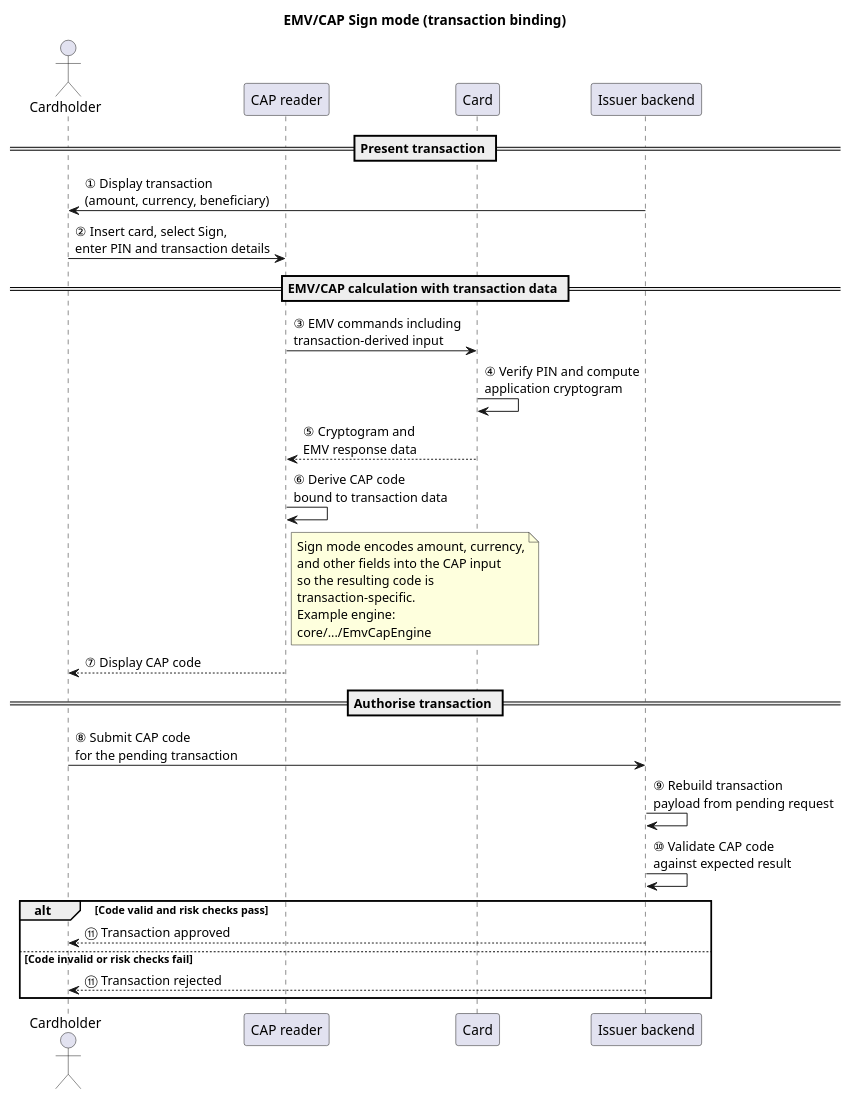
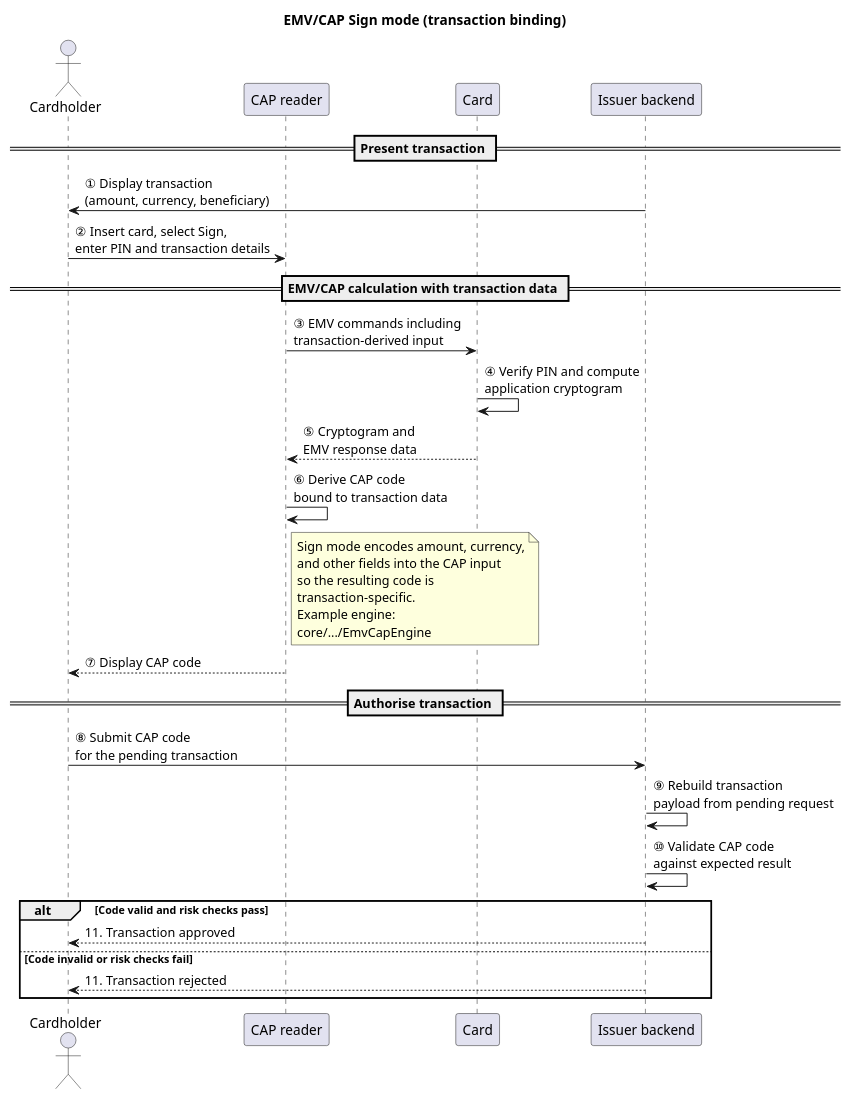
The diagram in docs/3-reference/protocols/diagrams/emv-cap-sign.puml (ivanstambuk/openauth-sim), drawn with PlantUML before and after one commit. The commit also changed 23 other files, not shown here.

```diff
--- a/docs/3-reference/protocols/diagrams/emv-cap-sign.puml
+++ b/docs/3-reference/protocols/diagrams/emv-cap-sign.puml
@@ -1,43 +1,43 @@
 @startuml
 title EMV/CAP Sign mode (transaction binding)
 
 actor "Cardholder" as User
 participant "CAP reader" as Reader
 participant "Card" as Card
 participant "Issuer backend" as Issuer
 
 == Present transaction ==
 
 Issuer -> User: ① Display transaction\n(amount, currency, beneficiary)
 User -> Reader: ② Insert card, select Sign,\nenter PIN and transaction details
 
 == EMV/CAP calculation with transaction data ==
 
 Reader -> Card: ③ EMV commands including\ntransaction-derived input
 Card -> Card: ④ Verify PIN and compute\napplication cryptogram
 Card --> Reader: ⑤ Cryptogram and\nEMV response data
 
 Reader -> Reader: ⑥ Derive CAP code\nbound to transaction data
 note right of Reader
   Sign mode encodes amount, currency,
   and other fields into the CAP input
   so the resulting code is
   transaction-specific.
   Example engine:
   core/.../EmvCapEngine
 end note
 Reader --> User: ⑦ Display CAP code
 
 == Authorise transaction ==
 
 User -> Issuer: ⑧ Submit CAP code\nfor the pending transaction
 Issuer -> Issuer: ⑨ Rebuild transaction\npayload from pending request
 Issuer -> Issuer: ⑩ Validate CAP code\nagainst expected result
 
 alt Code valid and risk checks pass
-  Issuer --> User: ⑪ Transaction approved
+  Issuer --> User: 11. Transaction approved
 else Code invalid or risk checks fail
-  Issuer --> User: ⑪ Transaction rejected
+  Issuer --> User: 11. Transaction rejected
 end alt
 
 @enduml
```
